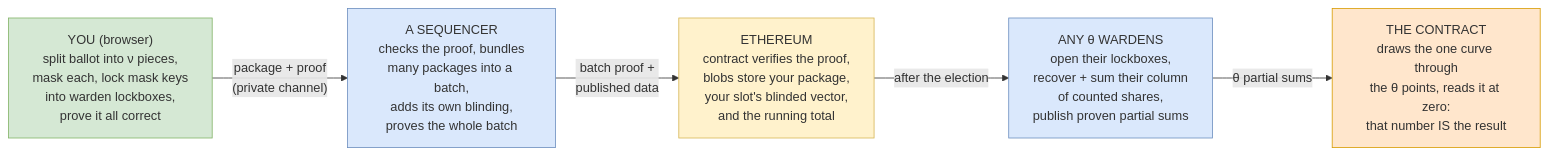
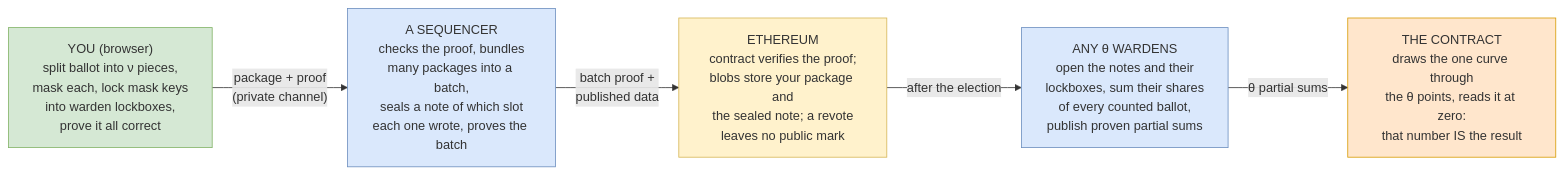
The diagram in v3-pq/figures/src/vote-journey.mmd (vocdoni/davinci-paper), drawn with Mermaid before and after one commit. The commit also changed 30 other files, not shown here.

```diff
--- a/v3-pq/figures/src/vote-journey.mmd
+++ b/v3-pq/figures/src/vote-journey.mmd
@@ -1,10 +1,10 @@
 flowchart LR
   classDef you fill:#d5e8d4,stroke:#82b366;
   classDef mid fill:#dae8fc,stroke:#6c8ebf;
   classDef chain fill:#fff2cc,stroke:#d6b656;
   classDef end_ fill:#ffe6cc,stroke:#d79b00;
   Y["YOU (browser)<br/>split ballot into ν pieces,<br/>mask each, lock mask keys<br/>into warden lockboxes,<br/>prove it all correct"]:::you
-  Y -->|"package + proof<br/>(private channel)"| S["A SEQUENCER<br/>checks the proof, bundles<br/>many packages into a batch,<br/>adds its own blinding,<br/>proves the whole batch"]:::mid
-  S -->|"batch proof +<br/>published data"| E["ETHEREUM<br/>contract verifies the proof,<br/>blobs store your package,<br/>your slot's blinded vector,<br/>and the running total"]:::chain
-  E -->|"after the election"| W["ANY θ WARDENS<br/>open their lockboxes,<br/>recover + sum their column<br/>of counted shares,<br/>publish proven partial sums"]:::mid
+  Y -->|"package + proof<br/>(private channel)"| S["A SEQUENCER<br/>checks the proof, bundles<br/>many packages into a batch,<br/>seals a note of which slot<br/>each one wrote, proves the batch"]:::mid
+  S -->|"batch proof +<br/>published data"| E["ETHEREUM<br/>contract verifies the proof;<br/>blobs store your package and<br/>the sealed note; a revote<br/>leaves no public mark"]:::chain
+  E -->|"after the election"| W["ANY θ WARDENS<br/>open the notes and their<br/>lockboxes, sum their shares<br/>of every counted ballot,<br/>publish proven partial sums"]:::mid
   W -->|"θ partial sums"| R["THE CONTRACT<br/>draws the one curve through<br/>the θ points, reads it at zero:<br/>that number IS the result"]:::end_
```
